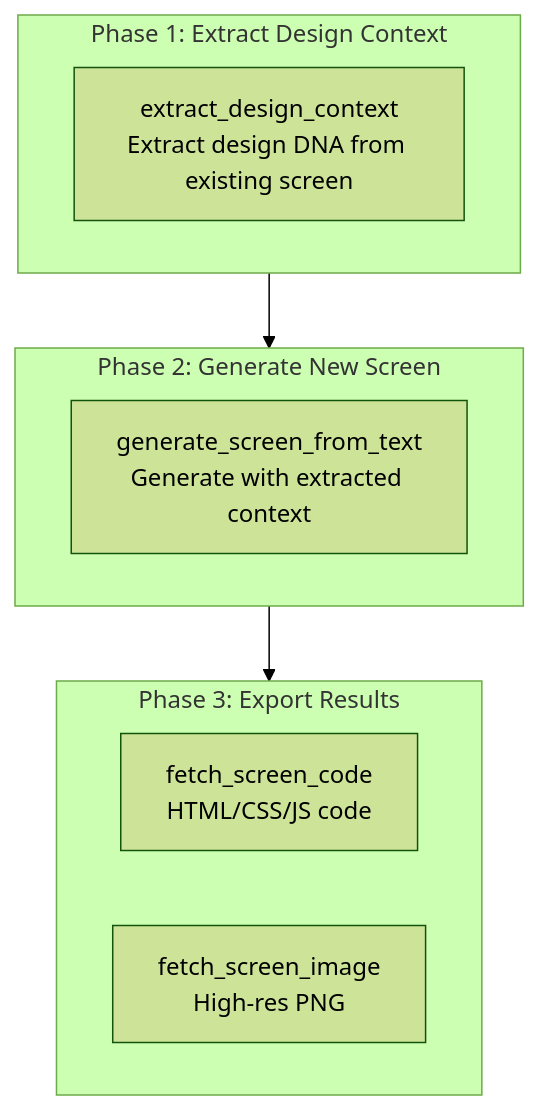
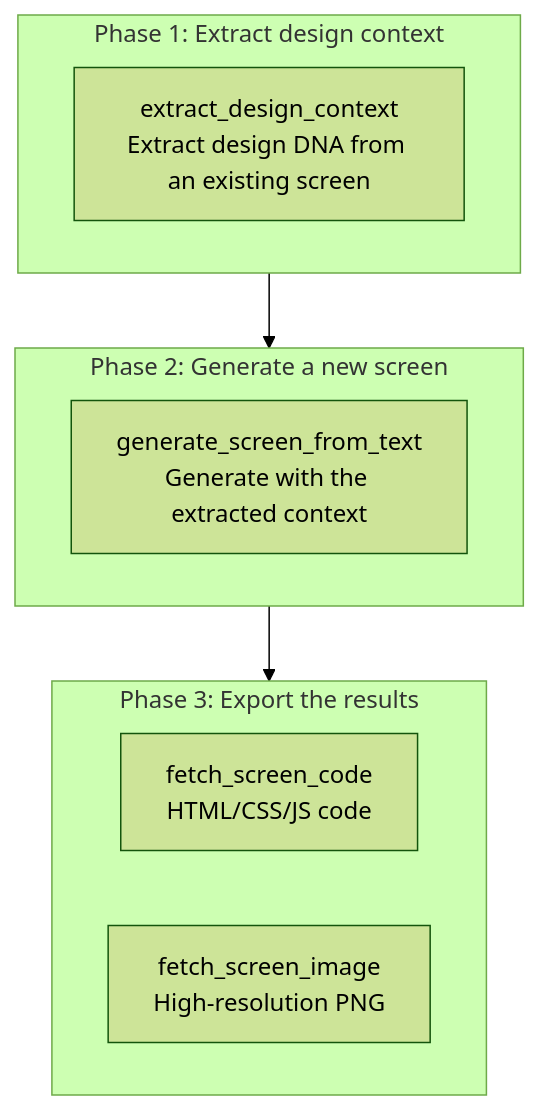
One commit to modu-ai/moai-adk changed the second of 3 diagrams in docs-site/content/en/advanced/stitch-guide.md. Above: the diagram before and after it, drawn with Mermaid (forest theme). The commit also changed other lines of this file and 395 other files, not shown here.

````diff
--- a/docs-site/content/en/advanced/stitch-guide.md
+++ b/docs-site/content/en/advanced/stitch-guide.md
@@ -182,18 +182,18 @@
 ```mermaid
 flowchart TD
-    subgraph P1["Phase 1: Extract Design Context"]
-        EC["extract_design_context<br>Extract design DNA from existing screen"]
+    subgraph P1["Phase 1: Extract design context"]
+        EC["extract_design_context<br>Extract design DNA from an existing screen"]
     end
 
-    subgraph P2["Phase 2: Generate New Screen"]
-        GS["generate_screen_from_text<br>Generate with extracted context"]
+    subgraph P2["Phase 2: Generate a new screen"]
+        GS["generate_screen_from_text<br>Generate with the extracted context"]
     end
 
-    subgraph P3["Phase 3: Export Results"]
+    subgraph P3["Phase 3: Export the results"]
         FC["fetch_screen_code<br>HTML/CSS/JS code"]
-        FI["fetch_screen_image<br>High-res PNG"]
+        FI["fetch_screen_image<br>High-resolution PNG"]
     end
 
     P1 --> P2
     P2 --> P3
 ```
````
